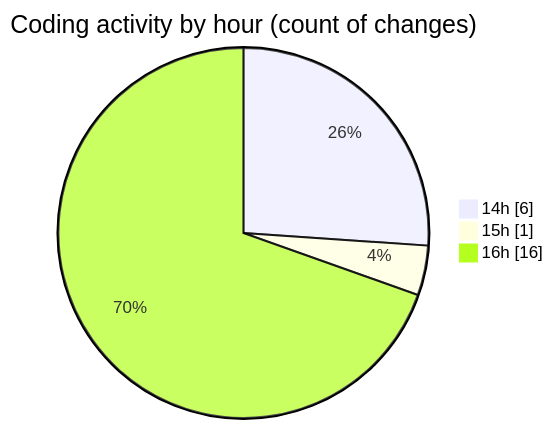
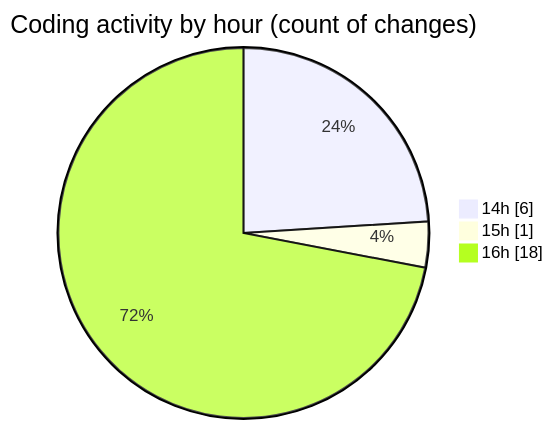
Before and after one commit to debugP/code-tracking: the second of 2 diagrams in 2025-10-07/untitled__workspace_/README.md, drawn with Mermaid. The commit also changed other lines of this file and 1 other file, not shown here.

````diff
--- a/2025-10-07/untitled__workspace_/README.md
+++ b/2025-10-07/untitled__workspace_/README.md
@@ -29,7 +29,7 @@
 ```mermaid
 pie showData
 title Coding activity by hour (count of changes)
 "14h" : 6
 "15h" : 1
-"16h" : 16
+"16h" : 18
 ```
````
